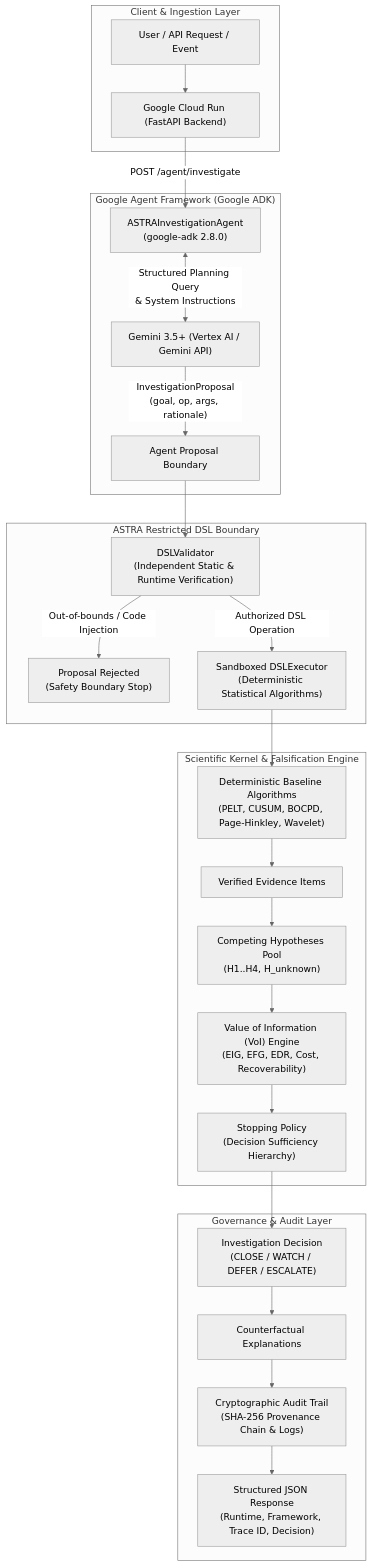
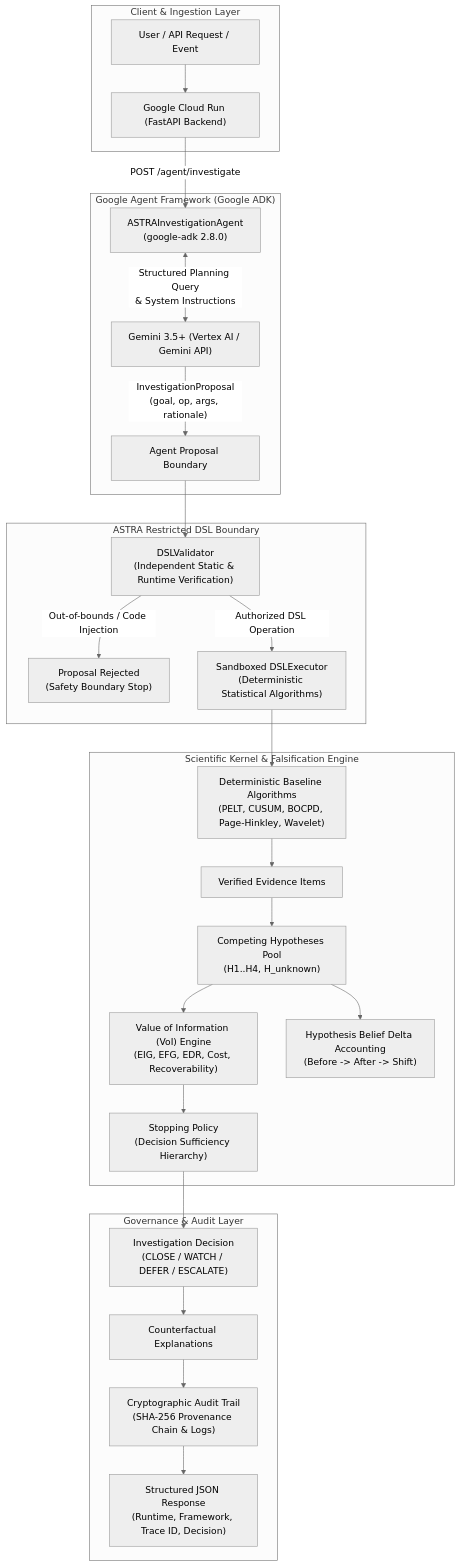
One commit to belemcrizan/Astra changed the diagram in README.md. Above: the diagram before and after it, drawn with Mermaid (neutral theme). The commit also changed other lines of this file and 16 other files, not shown here.

````diff
--- a/README.md
+++ b/README.md
@@ -26,33 +26,34 @@
 ```mermaid
 flowchart TD
     subgraph ClientLayer ["Client & Ingestion Layer"]
         U["User / API Request / Event"] --> CR["Google Cloud Run (FastAPI Backend)"]
     end
 
     subgraph GoogleAgentLayer ["Google Agent Framework (Google ADK)"]
         CR -->|"POST /agent/investigate"| ADK["ASTRAInvestigationAgent\n(google-adk 2.8.0)"]
         ADK <-->|"Structured Planning Query\n& System Instructions"| GEM["Gemini 3.5+ (Vertex AI / Gemini API)"]
         GEM -->|"InvestigationProposal\n(goal, op, args, rationale)"| PROP["Agent Proposal Boundary"]
     end
 
     subgraph ASTRABoundary ["ASTRA Restricted DSL Boundary"]
         PROP --> VAL["DSLValidator\n(Independent Static & Runtime Verification)"]
         VAL -- "Out-of-bounds / Code Injection" --> REJ["Proposal Rejected\n(Safety Boundary Stop)"]
         VAL -- "Authorized DSL Operation" --> EXEC["Sandboxed DSLExecutor\n(Deterministic Statistical Algorithms)"]
     end
 
     subgraph StatisticalKernel ["Scientific Kernel & Falsification Engine"]
         EXEC --> BASE["Deterministic Baseline Algorithms\n(PELT, CUSUM, BOCPD, Page-Hinkley, Wavelet)"]
         BASE --> EV["Verified Evidence Items"]
         EV --> POOL["Competing Hypotheses Pool\n(H1..H4, H_unknown)"]
         POOL --> VOI["Value of Information (VoI) Engine\n(EIG, EFG, EDR, Cost, Recoverability)"]
+        POOL --> DELTA["Hypothesis Belief Delta Accounting\n(Before -> After -> Shift)"]
         VOI --> STOP["Stopping Policy\n(Decision Sufficiency Hierarchy)"]
     end
 
     subgraph DecisionLayer ["Governance & Audit Layer"]
         STOP --> DEC["Investigation Decision\n(CLOSE / WATCH / DEFER / ESCALATE)"]
         DEC --> CF["Counterfactual Explanations"]
         CF --> AUDIT["Cryptographic Audit Trail\n(SHA-256 Provenance Chain & Logs)"]
         AUDIT --> RESP["Structured JSON Response\n(Runtime, Framework, Trace ID, Decision)"]
     end
 ```
````
